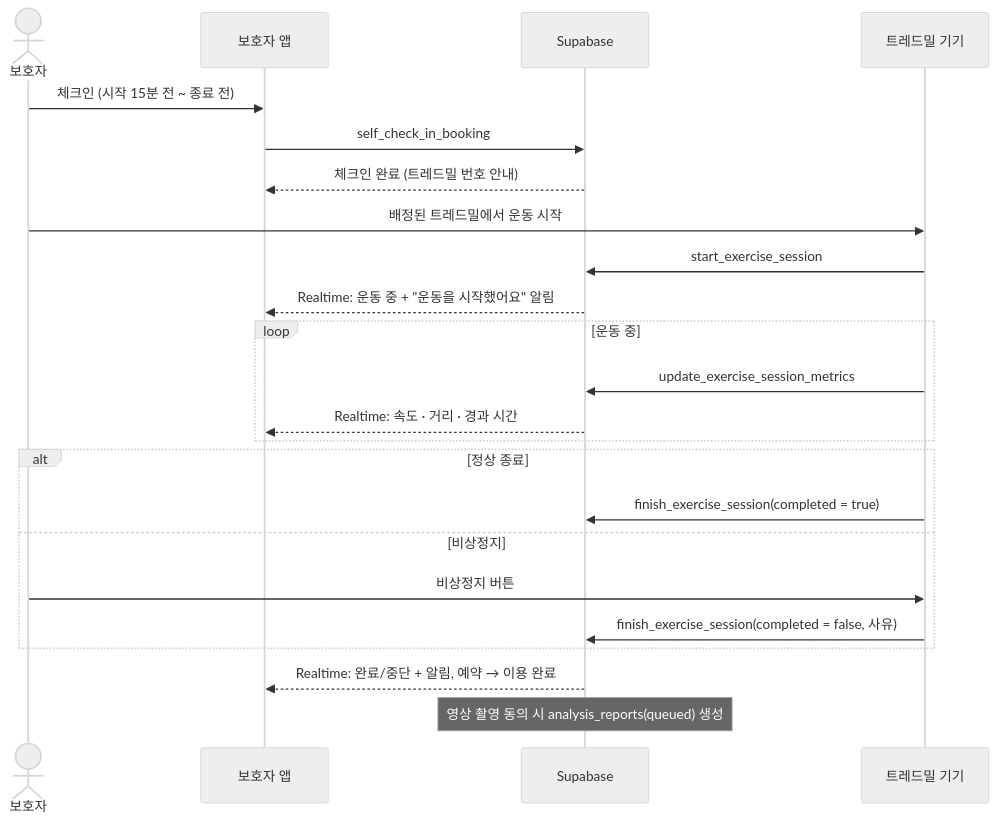
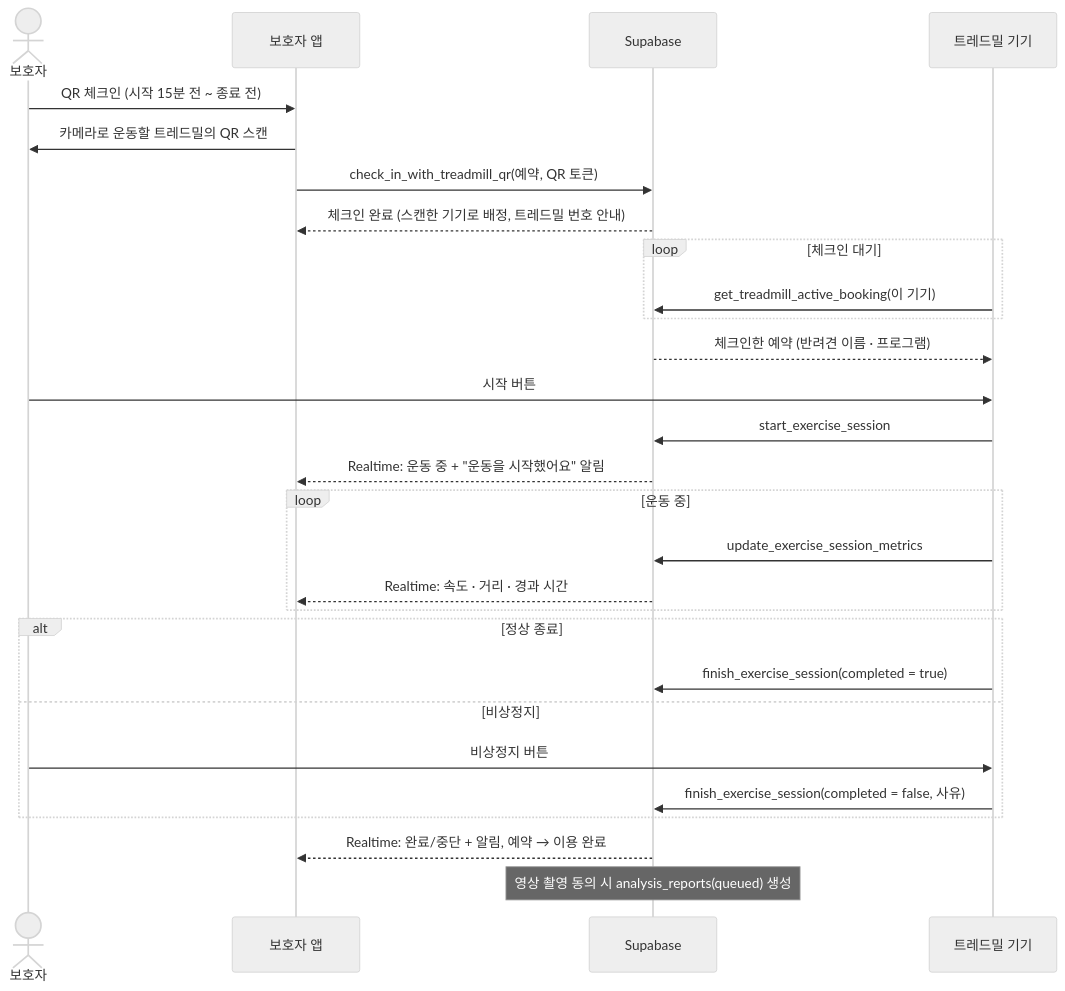
The first of 2 diagrams in docs/functional-spec.md (onlydj96/dog_treadmill_app), drawn with Mermaid (neutral theme) before and after one commit. The commit also changed other lines of this file and 52 other files, not shown here.

````diff
--- a/docs/functional-spec.md
+++ b/docs/functional-spec.md
@@ -517,26 +529,31 @@
 ```mermaid
 sequenceDiagram
     actor 보호자
     participant 앱 as 보호자 앱
     participant DB as Supabase
     participant 기기 as 트레드밀 기기
 
-    보호자->>앱: 체크인 (시작 15분 전 ~ 종료 전)
-    앱->>DB: self_check_in_booking
-    DB-->>앱: 체크인 완료 (트레드밀 번호 안내)
-    보호자->>기기: 배정된 트레드밀에서 운동 시작
+    보호자->>앱: QR 체크인 (시작 15분 전 ~ 종료 전)
+    앱->>보호자: 카메라로 운동할 트레드밀의 QR 스캔
+    앱->>DB: check_in_with_treadmill_qr(예약, QR 토큰)
+    DB-->>앱: 체크인 완료 (스캔한 기기로 배정, 트레드밀 번호 안내)
+    loop 체크인 대기
+        기기->>DB: get_treadmill_active_booking(이 기기)
+    end
+    DB-->>기기: 체크인한 예약 (반려견 이름 · 프로그램)
+    보호자->>기기: 시작 버튼
     기기->>DB: start_exercise_session
     DB-->>앱: Realtime: 운동 중 + "운동을 시작했어요" 알림
     loop 운동 중
         기기->>DB: update_exercise_session_metrics
         DB-->>앱: Realtime: 속도 · 거리 · 경과 시간
     end
     alt 정상 종료
         기기->>DB: finish_exercise_session(completed = true)
     else 비상정지
         보호자->>기기: 비상정지 버튼
         기기->>DB: finish_exercise_session(completed = false, 사유)
     end
     DB-->>앱: Realtime: 완료/중단 + 알림, 예약 → 이용 완료
     Note over DB: 영상 촬영 동의 시 analysis_reports(queued) 생성
 ```
````
